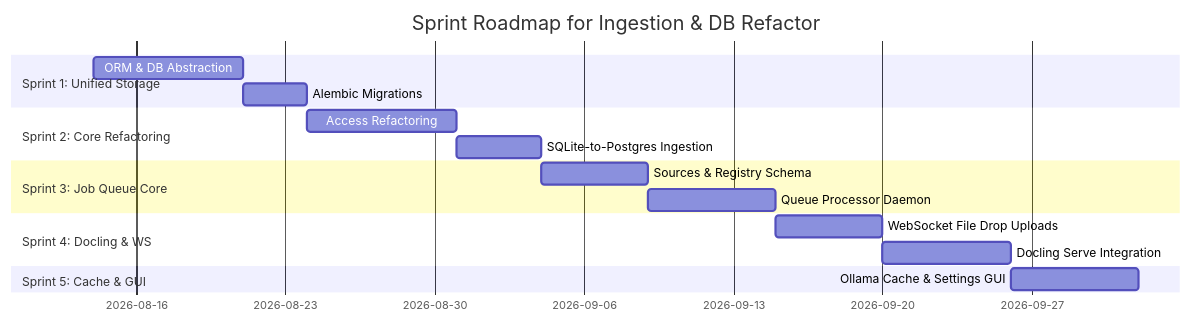
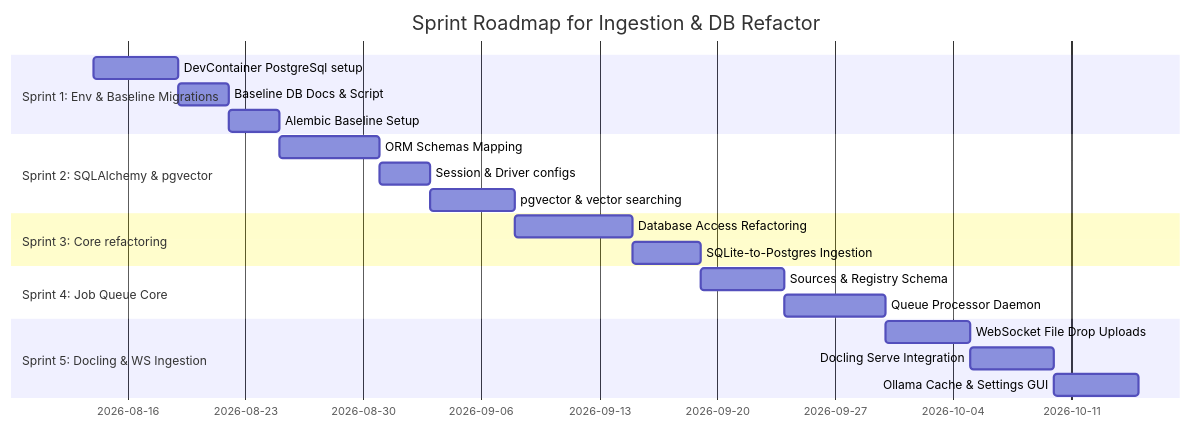
The diagram in .artifacts/analysis-issues-29-30/issues_breakdown.md (Willmo103/kb-web), drawn with Mermaid before and after one commit. The commit also changed other lines of this file, not shown here.

Commit message:
docs: insert dev environment, baseline migrations, and pgvector requirements to issues breakdown

````diff
--- a/.artifacts/analysis-issues-29-30/issues_breakdown.md
+++ b/.artifacts/analysis-issues-29-30/issues_breakdown.md
@@ -103,19 +142,23 @@
 ```mermaid
 gantt
     title Sprint Roadmap for Ingestion & DB Refactor
     dateFormat  YYYY-MM-DD
-    section Sprint 1: Unified Storage
-    ORM & DB Abstraction :a1, 2026-08-14, 7d
-    Alembic Migrations   :a2, after a1, 3d
-    section Sprint 2: Core Refactoring
-    Access Refactoring   :b1, after a2, 7d
-    SQLite-to-Postgres Ingestion :b2, after b1, 4d
-    section Sprint 3: Job Queue Core
-    Sources & Registry Schema :c1, after b2, 5d
-    Queue Processor Daemon    :c2, after c1, 6d
-    section Sprint 4: Docling & WS
-    WebSocket File Drop Uploads :d1, after c2, 5d
-    Docling Serve Integration   :d2, after d1, 6d
-    section Sprint 5: Cache & GUI
-    Ollama Cache & Settings GUI: e1, after d2, 6d
+    section Sprint 1: Env & Baseline Migrations
+    DevContainer PostgreSql setup  :a1, 2026-08-14, 5d
+    Baseline DB Docs & Script      :a2, after a1, 3d
+    Alembic Baseline Setup         :a3, after a2, 3d
+    section Sprint 2: SQLAlchemy & pgvector
+    ORM Schemas Mapping            :b1, after a3, 6d
+    Session & Driver configs       :b2, after b1, 3d
+    pgvector & vector searching    :b3, after b2, 5d
+    section Sprint 3: Core refactoring
+    Database Access Refactoring    :c1, after b3, 7d
+    SQLite-to-Postgres Ingestion   :c2, after c1, 4d
+    section Sprint 4: Job Queue Core
+    Sources & Registry Schema      :d1, after c2, 5d
+    Queue Processor Daemon         :d2, after d1, 6d
+    section Sprint 5: Docling & WS Ingestion
+    WebSocket File Drop Uploads    :e1, after d2, 5d
+    Docling Serve Integration      :e2, after e1, 5d
+    Ollama Cache & Settings GUI    :e3, after e2, 5d
 ```
````
